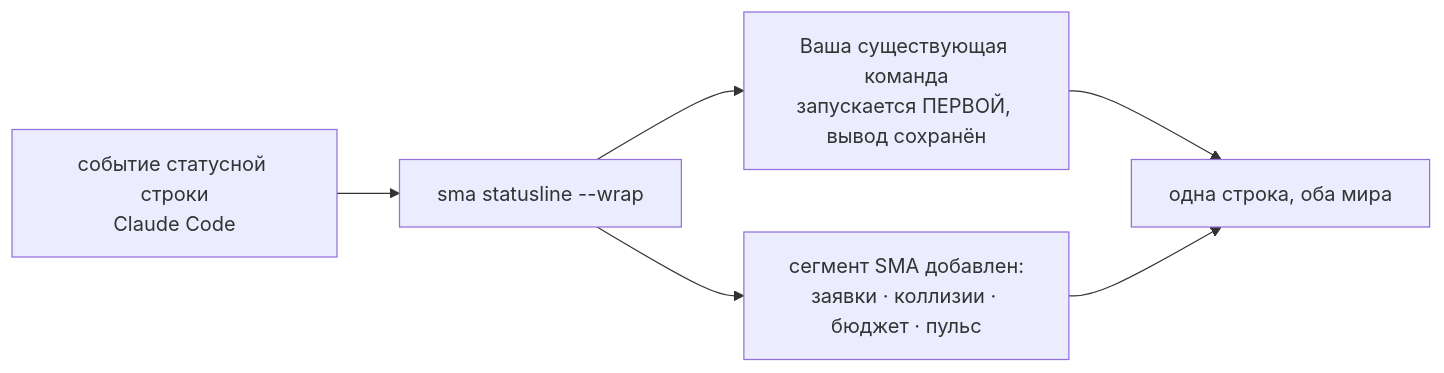
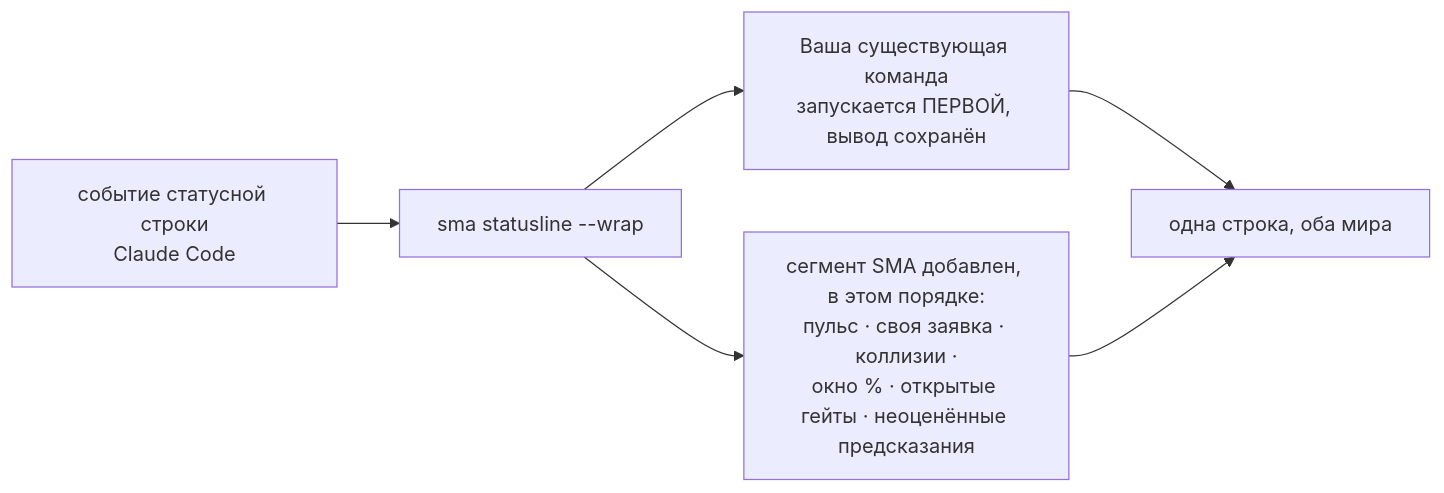
Before and after one commit to sma-framework/sma: the eighth of 24 diagrams in docs/DETAILS.ru.md, drawn with Mermaid. The commit also changed other lines of this file and 3 other files, not shown here.

````diff
--- a/docs/DETAILS.ru.md
+++ b/docs/DETAILS.ru.md
@@ -738,8 +738,8 @@
 ```mermaid
 flowchart LR
     CC["событие статусной строки<br>Claude Code"] --> W["sma statusline --wrap"]
     W --> U["Ваша существующая команда<br>запускается ПЕРВОЙ, вывод сохранён"]
     U --> OUT["одна строка, оба мира"]
-    W --> SEG["сегмент SMA добавлен:<br>заявки · коллизии · бюджет · пульс"]
+    W --> SEG["сегмент SMA добавлен, в этом порядке:<br>пульс · своя заявка · коллизии ·<br>окно % · открытые гейты · неоценённые предсказания"]
     SEG --> OUT
 ```
````
